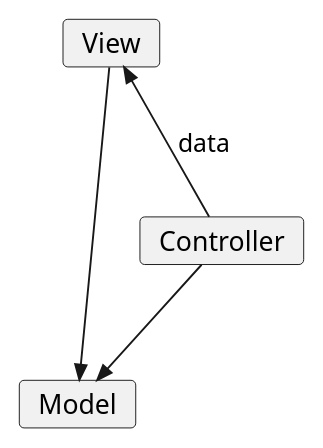
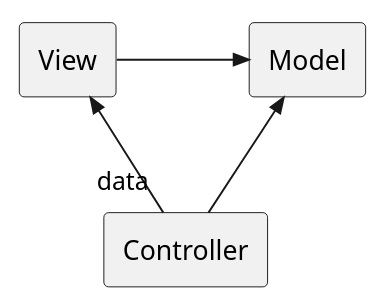
One commit to JunilHwang/TIL changed the second of 4 diagrams in CodeSpitz/Object-Oriented-Javascript/MVVM/README.md. Above: the diagram before and after it, drawn with PlantUML. The commit also changed other lines of this file and 1 other file, not shown here.

```diff
--- a/CodeSpitz/Object-Oriented-Javascript/MVVM/README.md
+++ b/CodeSpitz/Object-Oriented-Javascript/MVVM/README.md
@@ -34,9 +34,9 @@
 @startuml
-card View
-card Model
-card Controller
+rectangle View
+rectangle Model
+rectangle Controller
 
-View ->> Model
-Controller -->> Model
-View <<-- Controller : data
+View ->> Model : "          "
+Model <<-- Controller 
+View <<-- "data" Controller
 @enduml
```
